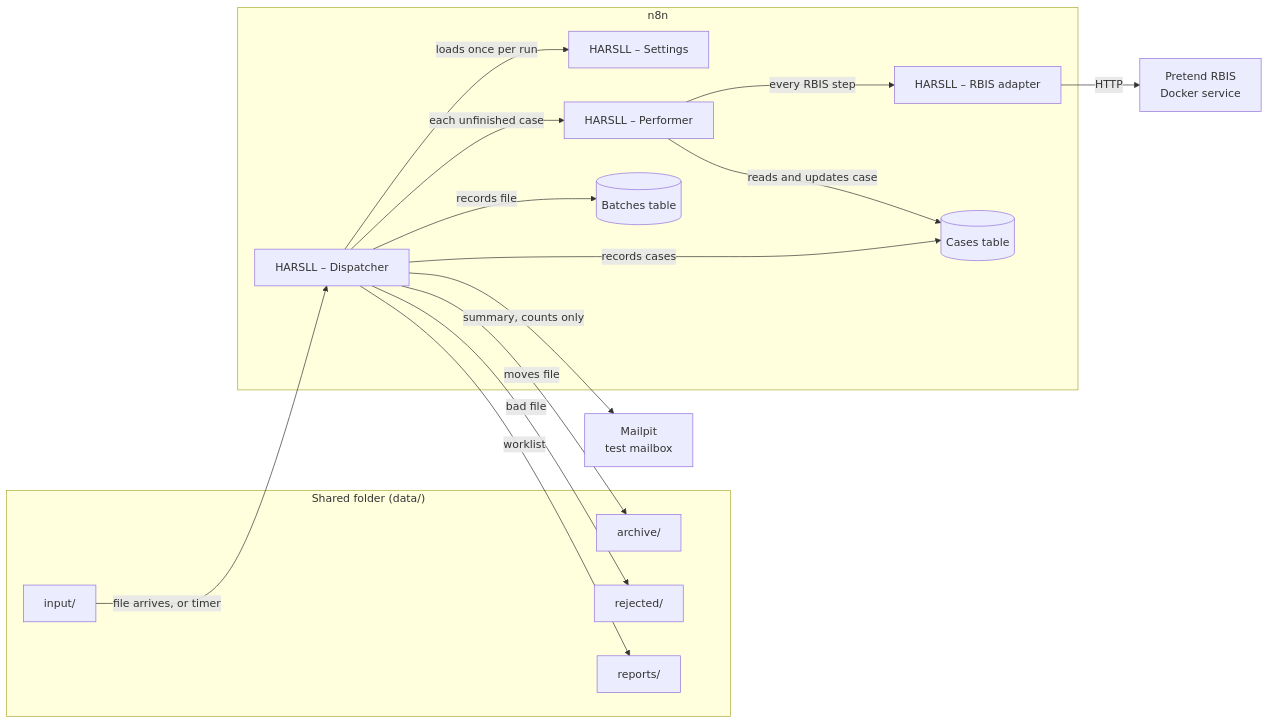
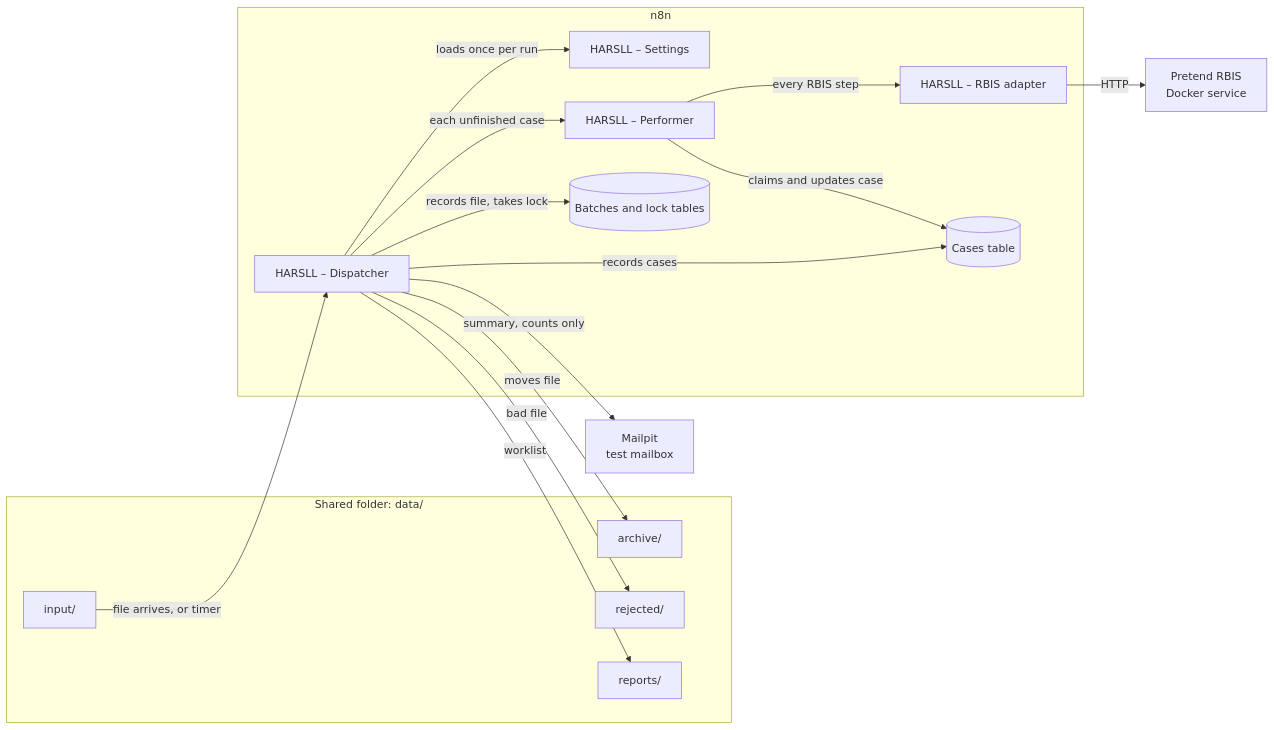
Before and after one commit to sgshaji/n8n-builder: the first of 5 diagrams in docs/design/HARSLL-n8n-design.md, drawn with Mermaid. The commit also changed other lines of this file and 1 other file, not shown here.

````diff
--- a/docs/design/HARSLL-n8n-design.md
+++ b/docs/design/HARSLL-n8n-design.md
@@ -74,31 +82,31 @@
 ```mermaid
 flowchart LR
-    subgraph Folders["Shared folder (data/)"]
+    subgraph Folders["Shared folder: data/"]
         IN[input/]
         AR[archive/]
         RJ[rejected/]
         RP[reports/]
     end
 
     subgraph N8N["n8n"]
         SET[HARSLL – Settings]
         D[HARSLL – Dispatcher]
         P[HARSLL – Performer]
         A[HARSLL – RBIS adapter]
         T[(Cases table)]
-        B[(Batches table)]
+        B[(Batches and lock tables)]
     end
 
     IN -->|file arrives, or timer| D
     D -->|loads once per run| SET
     D -->|records cases| T
-    D -->|records file| B
+    D -->|records file, takes lock| B
     D -->|moves file| AR
     D -->|bad file| RJ
     D -->|each unfinished case| P
-    P -->|reads and updates case| T
+    P -->|claims and updates case| T
     P -->|every RBIS step| A
     A -->|HTTP| R[Pretend RBIS<br/>Docker service]
     D -->|worklist| RP
     D -->|summary, counts only| M[Mailpit<br/>test mailbox]
 ```
````
